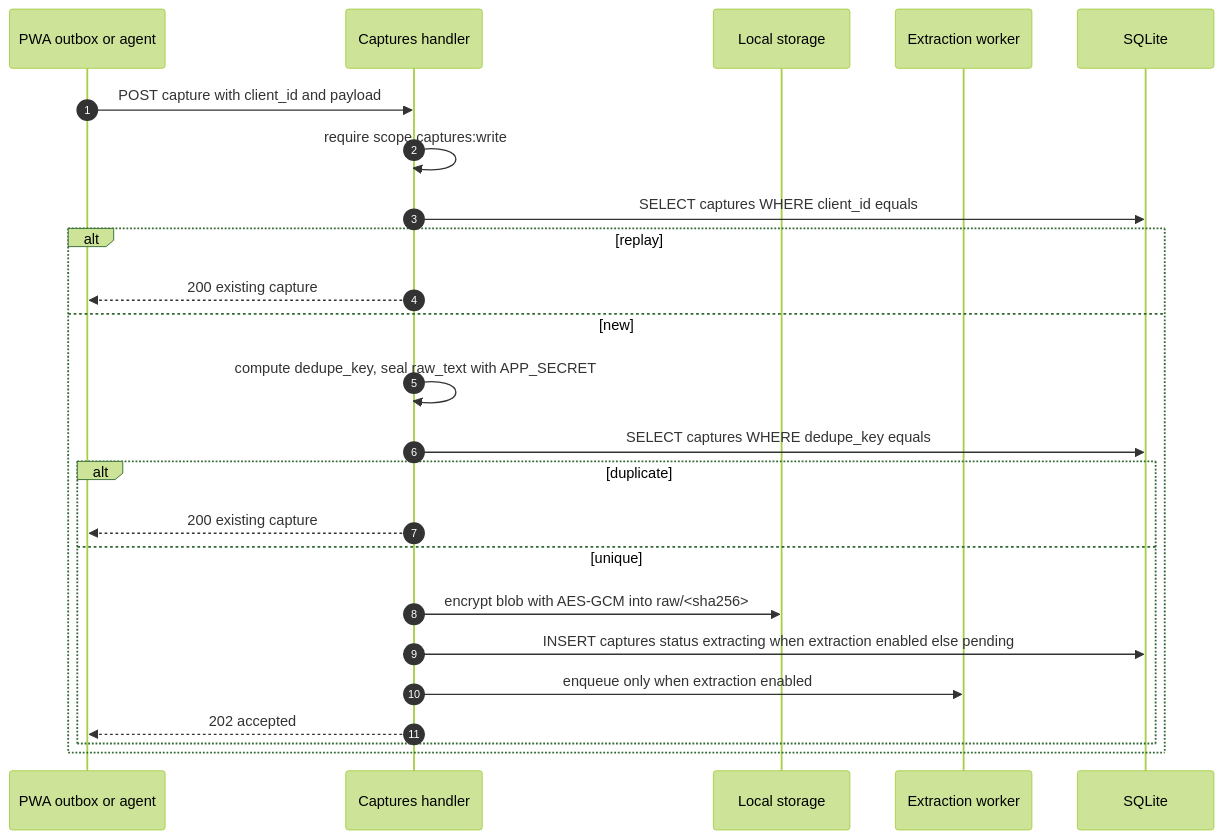
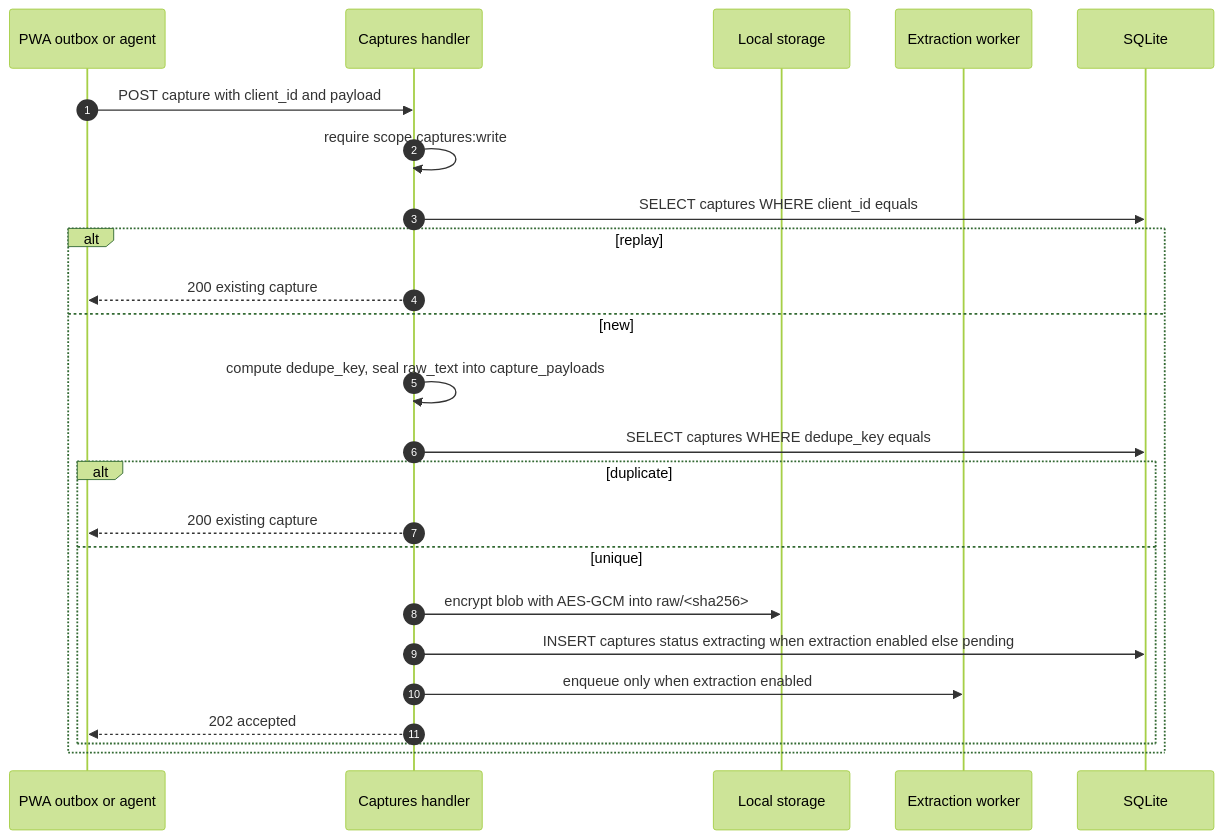
Diagram 12 of 20 in docs/v2-api.md (dimasbaguspm/spenicle), drawn with Mermaid (forest theme) before and after one commit. The commit also changed other lines of this file and 10 other files, not shown here.

Commit message:
docs: describe the consolidated schema

````diff
--- a/docs/v2-api.md
+++ b/docs/v2-api.md
@@ -932,26 +743,26 @@
 ```mermaid
 sequenceDiagram
     autonumber
     participant PWA as PWA outbox or agent
     participant API as Captures handler
     participant ST as Local storage
     participant W as Extraction worker
     participant DB as SQLite
     PWA->>API: POST capture with client_id and payload
     API->>API: require scope captures:write
     API->>DB: SELECT captures WHERE client_id equals
     alt replay
         API-->>PWA: 200 existing capture
     else new
-        API->>API: compute dedupe_key, seal raw_text with APP_SECRET
+        API->>API: compute dedupe_key, seal raw_text into capture_payloads
         API->>DB: SELECT captures WHERE dedupe_key equals
         alt duplicate
             API-->>PWA: 200 existing capture
         else unique
             API->>ST: encrypt blob with AES-GCM into raw/<sha256>
             API->>DB: INSERT captures status extracting when extraction enabled else pending
             API->>W: enqueue only when extraction enabled
             API-->>PWA: 202 accepted
         end
     end
 ```
````
